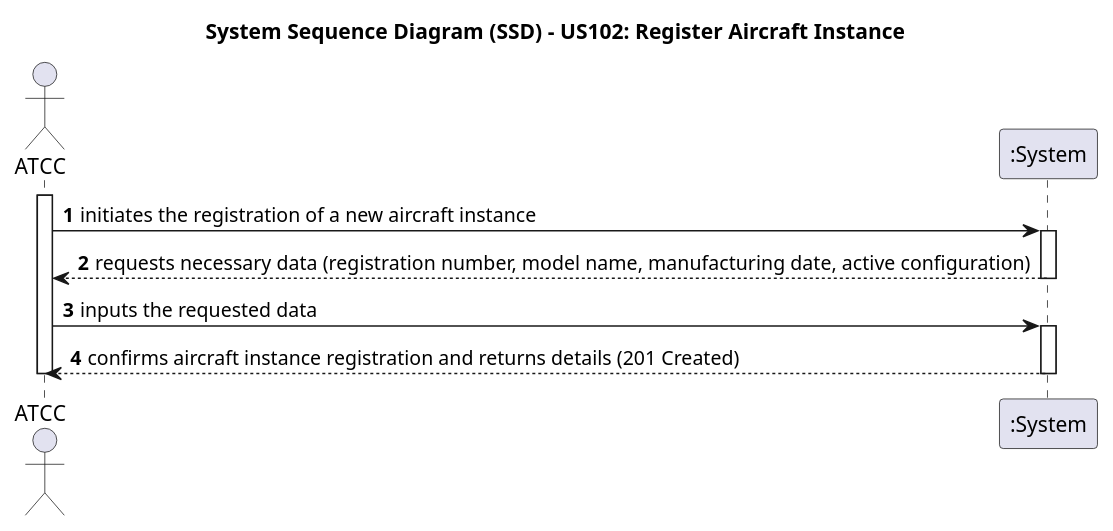
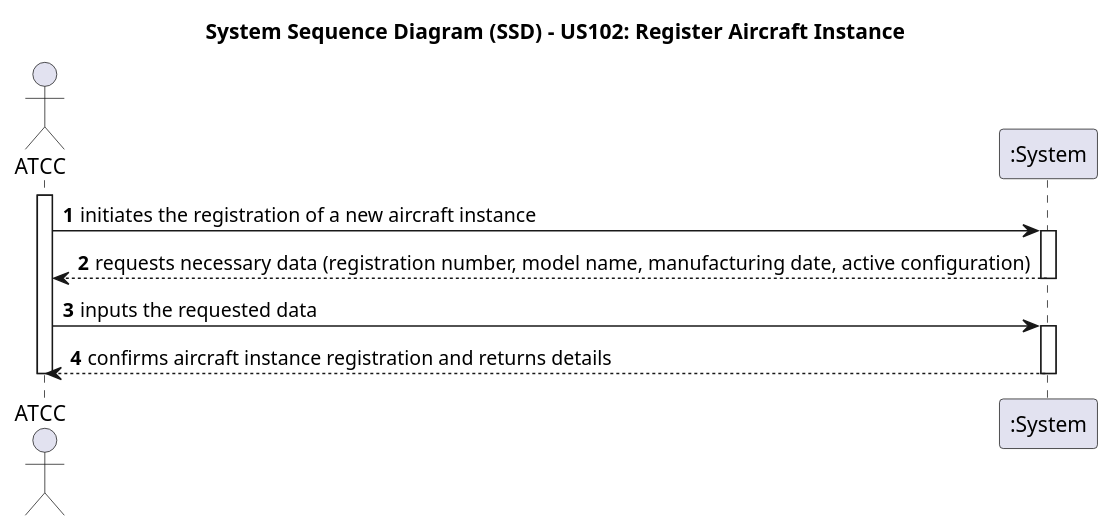
One commit to Andre-1240567/psoft2026_2DB_1240567_1241013_1240624 changed the diagram in docs/use-cases/WP#1A/US102/puml/US102-SSD.puml. Above: the diagram before and after it, drawn with PlantUML. The commit also changed 26 other files, not shown here.

```diff
--- a/docs/use-cases/WP#1A/US102/puml/US102-SSD.puml
+++ b/docs/use-cases/WP#1A/US102/puml/US102-SSD.puml
@@ -1,19 +1,20 @@
 @startuml SSD_US102
 autonumber
 title System Sequence Diagram (SSD) - US102: Register Aircraft Instance
 
 actor "ATCC" as Actor
 participant ":System" as System
 
 activate Actor
 Actor -> System: initiates the registration of a new aircraft instance
 activate System
 System --> Actor: requests necessary data (registration number, model name, manufacturing date, active configuration)
 deactivate System
 
 Actor -> System: inputs the requested data
 activate System
-System --> Actor: confirms aircraft instance registration and returns details (201 Created)
+
+System --> Actor: confirms aircraft instance registration and returns details
 deactivate System
 deactivate Actor
 @enduml
```
